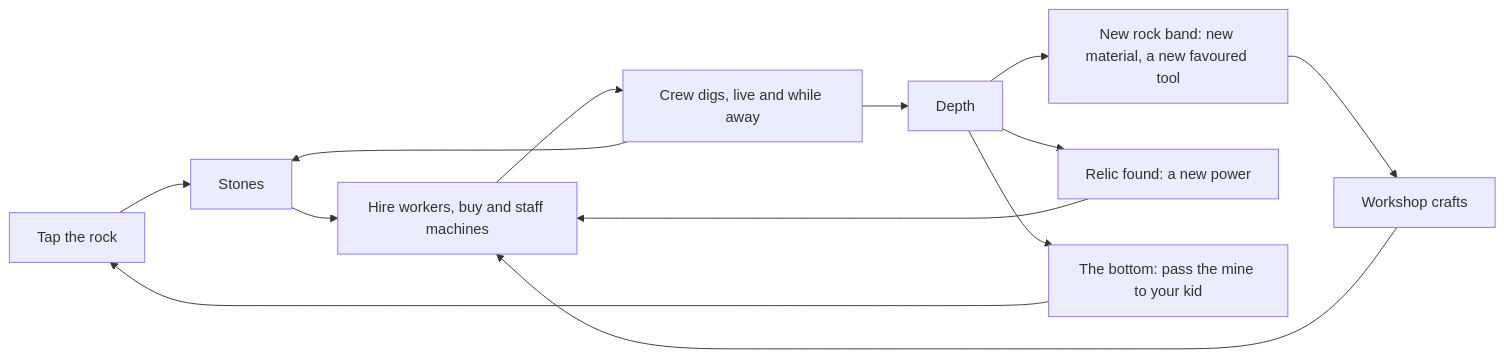
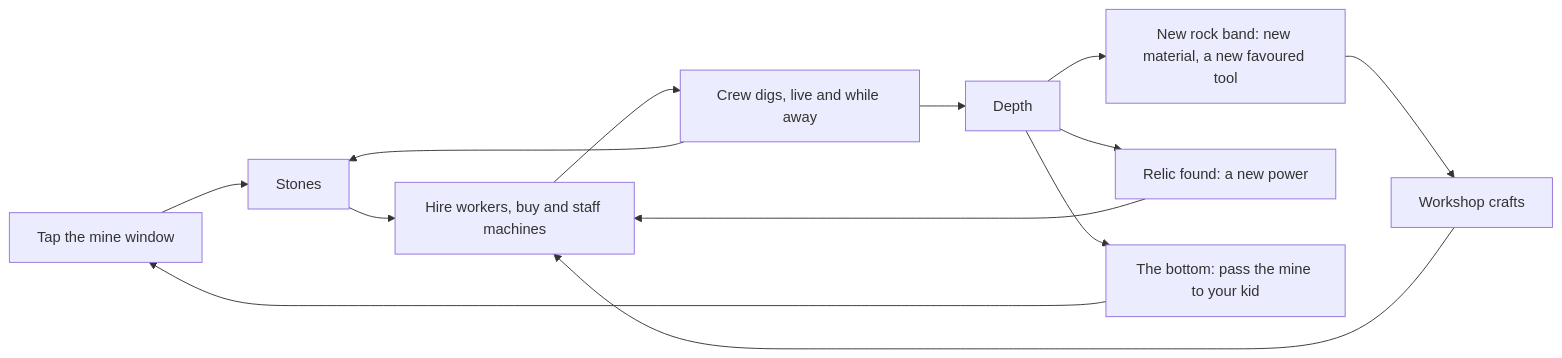
One commit to FBakkensen/Dad-Friendly-Game changed the diagram in docs/design-intent.md. Above: the diagram before and after it, drawn with Mermaid. The commit also changed other lines of this file and 49 other files, not shown here.

````diff
--- a/docs/design-intent.md
+++ b/docs/design-intent.md
@@ -14,15 +14,15 @@
 ```mermaid
 flowchart LR
-  T[Tap the rock] --> S[Stones]
+  T[Tap the mine window] --> S[Stones]
   S --> B[Hire workers, buy and staff machines]
   B --> R[Crew digs, live and while away]
   R --> S
   R --> D[Depth]
   D --> L[New rock band: new material, a new favoured tool]
   D --> RL[Relic found: a new power]
   L --> W[Workshop crafts]
   W --> B
   RL --> B
   D --> K[The bottom: pass the mine to your kid]
   K --> T
 ```
````
